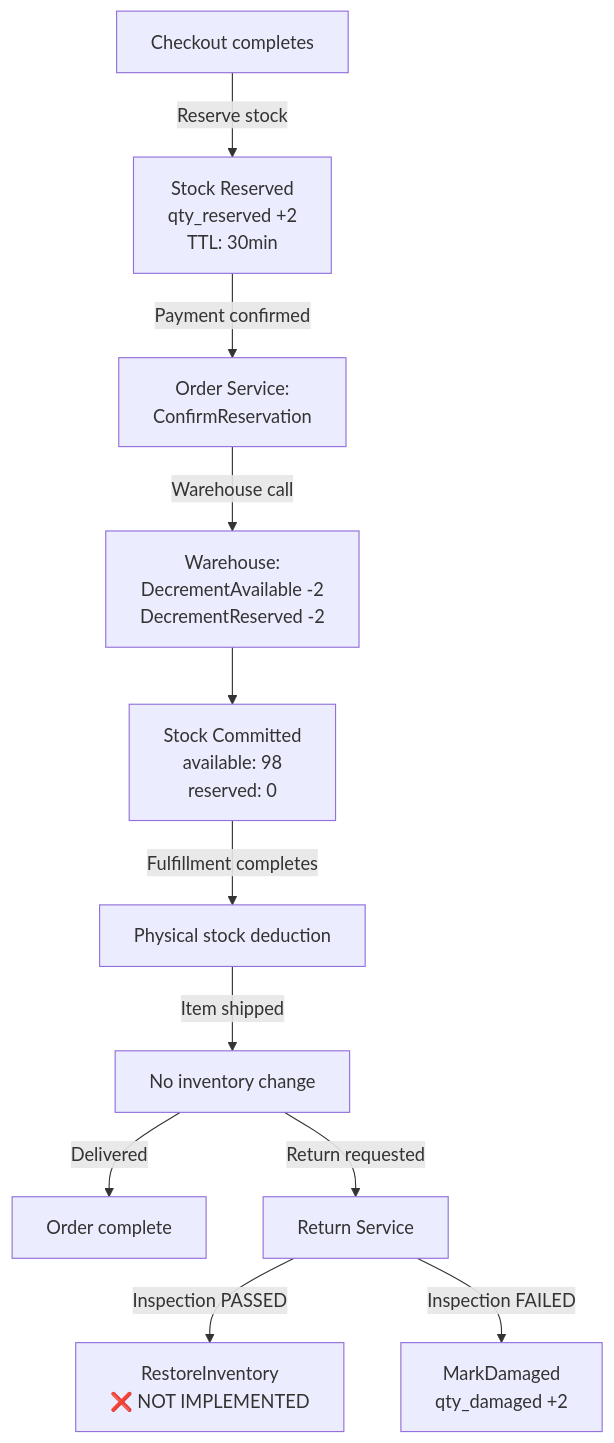
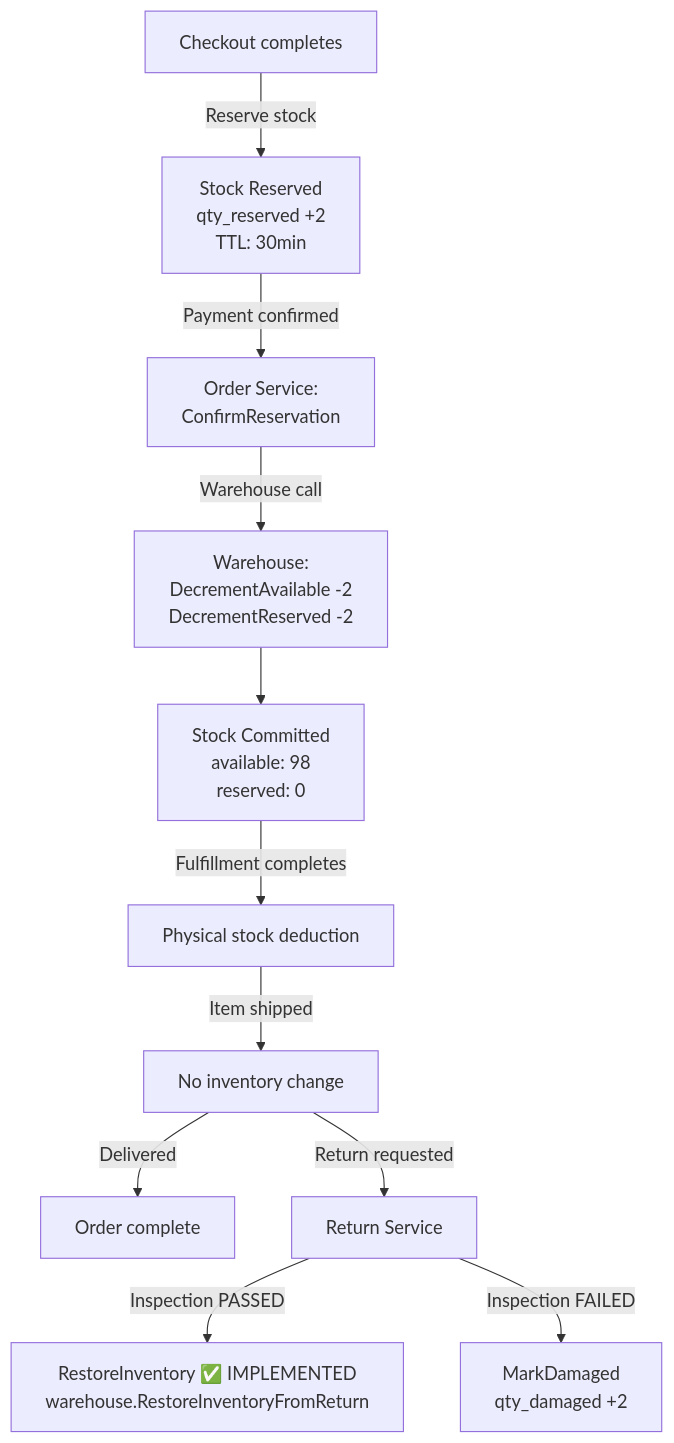
One commit to vesviet/Composable-Commerce-Service-Architecture changed the fourth of 4 diagrams in 10-appendix/checklists/lastphase/ORDER_LIFETIME_COMPREHENSIVE_REVIEW.md. Above: the diagram before and after it, drawn with Mermaid. The commit also changed other lines of this file and 14 other files, not shown here.

````diff
--- a/10-appendix/checklists/lastphase/ORDER_LIFETIME_COMPREHENSIVE_REVIEW.md
+++ b/10-appendix/checklists/lastphase/ORDER_LIFETIME_COMPREHENSIVE_REVIEW.md
@@ -244,15 +245,15 @@
 ```mermaid
 flowchart TD
     A[Checkout completes] -->|Reserve stock| B[Stock Reserved<br/>qty_reserved +2<br/>TTL: 30min]
     B -->|Payment confirmed| C[Order Service:<br/>ConfirmReservation]
     C -->|Warehouse call| D[Warehouse:<br/>DecrementAvailable -2<br/>DecrementReserved -2]
     D --> E[Stock Committed<br/>available: 98<br/>reserved: 0]
     
     E -->|Fulfillment completes| F[Physical stock deduction]
     F -->|Item shipped| G[No inventory change]
     
    G -->|Delivered| H[Order complete]
     G -->|Return requested| I[Return Service]
-    I -->|Inspection PASSED| J[RestoreInventory<br/>❌ NOT IMPLEMENTED]
+    I -->|Inspection PASSED| J[RestoreInventory ✅ IMPLEMENTED<br/>warehouse.RestoreInventoryFromReturn]
     I -->|Inspection FAILED| K[MarkDamaged<br/>qty_damaged +2]
 ```
````
